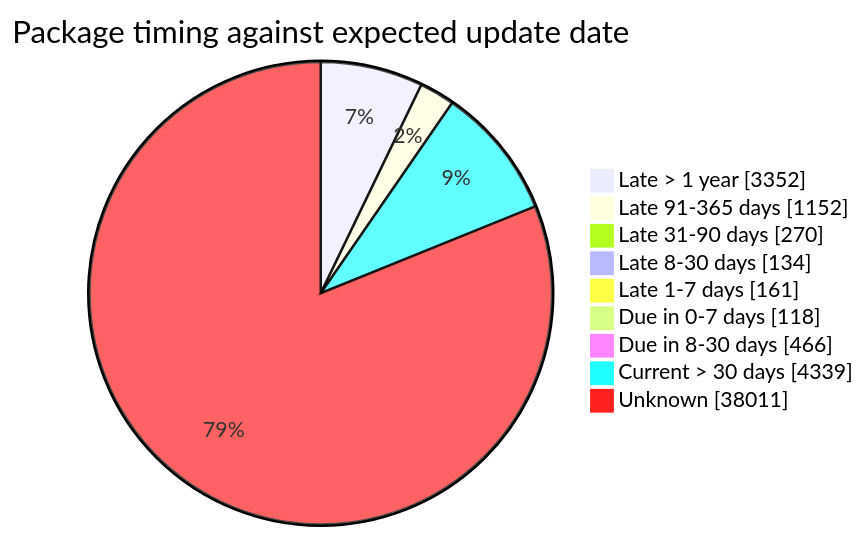
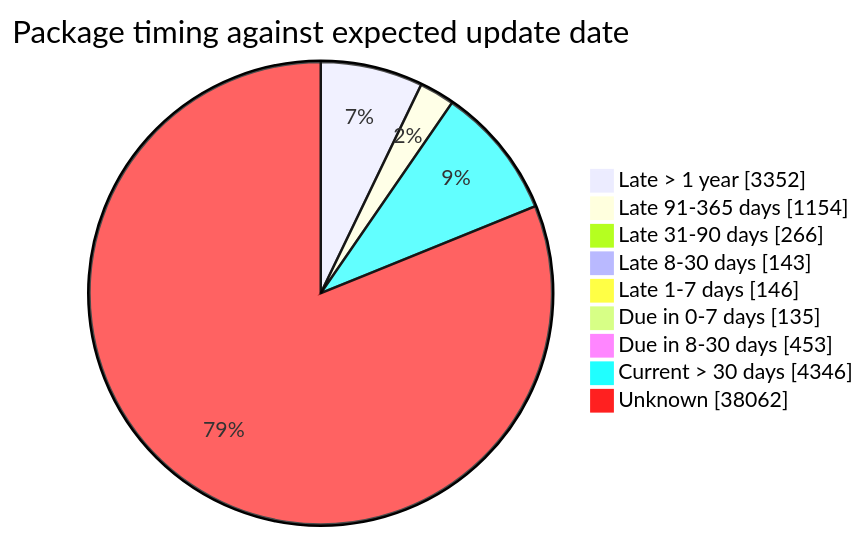
One commit to open-data/analytics-corporate-reporting changed the fourth of 5 diagrams in FreshCheck/README.md. Above: the diagram before and after it, drawn with Mermaid. The commit also changed other lines of this file and 3 other files, not shown here.

````diff
--- a/FreshCheck/README.md
+++ b/FreshCheck/README.md
@@ -86,12 +86,12 @@
 ```mermaid
 pie showData title Package timing against expected update date
     "Late > 1 year": 3352
-    "Late 91-365 days": 1152
-    "Late 31-90 days": 270
-    "Late 8-30 days": 134
-    "Late 1-7 days": 161
-    "Due in 0-7 days": 118
-    "Due in 8-30 days": 466
-    "Current > 30 days": 4339
-    "Unknown": 38011
+    "Late 91-365 days": 1154
+    "Late 31-90 days": 266
+    "Late 8-30 days": 143
+    "Late 1-7 days": 146
+    "Due in 0-7 days": 135
+    "Due in 8-30 days": 453
+    "Current > 30 days": 4346
+    "Unknown": 38062
 ```
````
